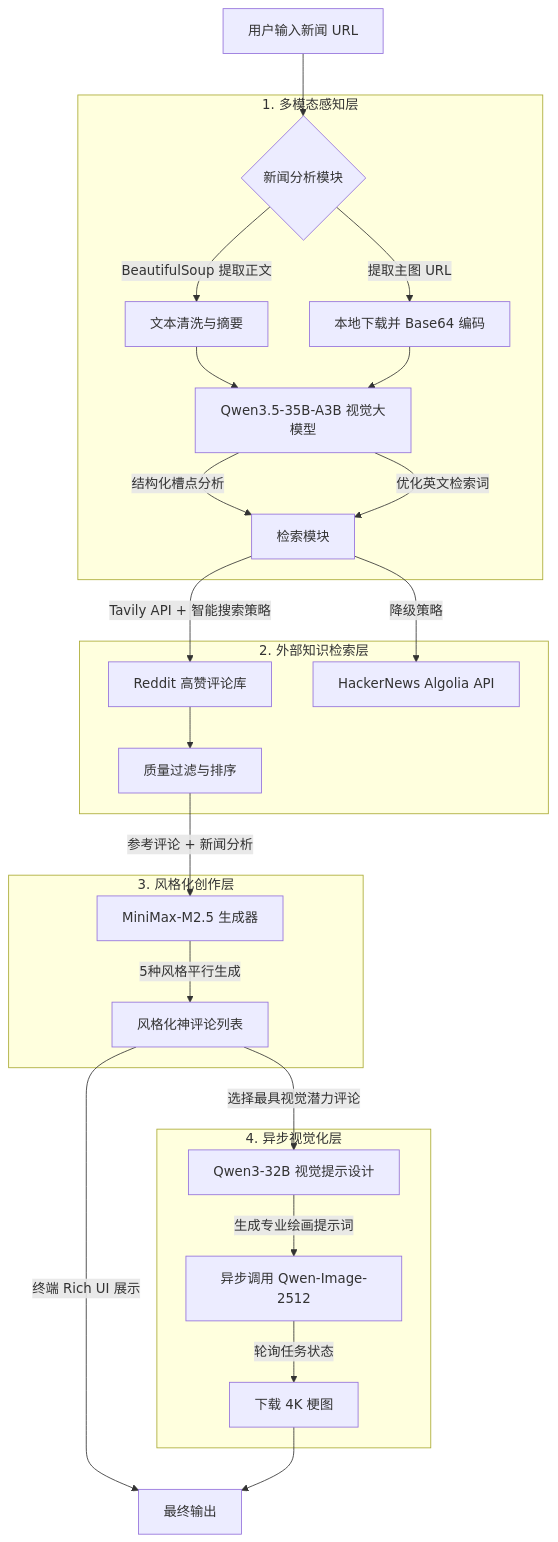
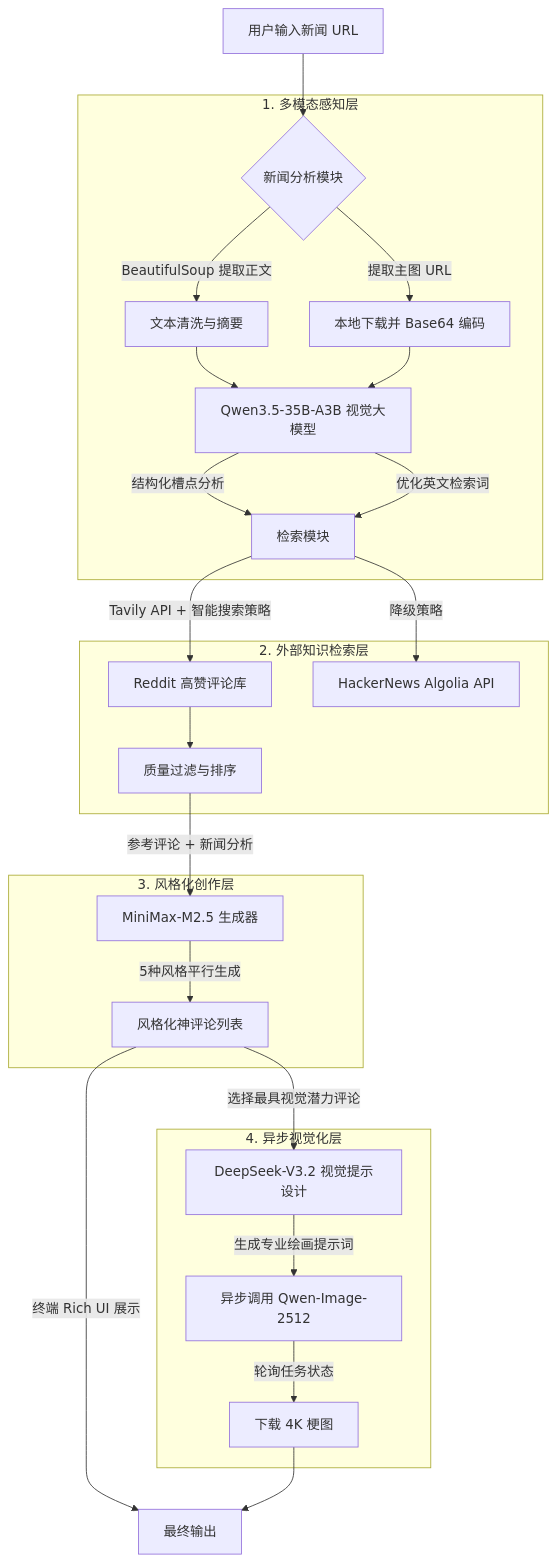
The diagram in README.md (unclezhou486/NewsRoast-Agent), drawn with Mermaid before and after one commit. The commit also changed other lines of this file and 33 other files, not shown here.

First line of the commit message:
feat: full refactor with skill-driven architecture and real demo output

````diff
--- a/README.md
+++ b/README.md
@@ -18,33 +21,33 @@
 ```mermaid
 graph TD
     A[用户输入新闻 URL] --> B{新闻分析模块}
     
     subgraph 1. 多模态感知层
     B -- BeautifulSoup 提取正文 --> B1[文本清洗与摘要]
     B -- 提取主图 URL --> B2[本地下载并 Base64 编码]
     B1 --> B3[Qwen3.5-35B-A3B 视觉大模型]
     B2 --> B3
     B3 -- 结构化槽点分析 --> C
     B3 -- 优化英文检索词 --> C
     end
     
     subgraph 2. 外部知识检索层
     C[检索模块] -- Tavily API + 智能搜索策略 --> C1[Reddit 高赞评论库]
     C -- 降级策略 --> C2[HackerNews Algolia API]
     C1 --> D[质量过滤与排序]
     end
     
     subgraph 3. 风格化创作层
     D -- 参考评论 + 新闻分析 --> E[MiniMax-M2.5 生成器]
     E -- 5种风格平行生成 --> F[风格化神评论列表]
     end
     
     subgraph 4. 异步视觉化层
-    F -- 选择最具视觉潜力评论 --> G[Qwen3-32B 视觉提示设计]
+    F -- 选择最具视觉潜力评论 --> G[DeepSeek-V3.2 视觉提示设计]
     G -- 生成专业绘画提示词 --> H[异步调用 Qwen-Image-2512]
     H -- 轮询任务状态 --> I[下载 4K 梗图]
     end
     
     F -- 终端 Rich UI 展示 --> J[最终输出]
     I --> J
 ```
````
